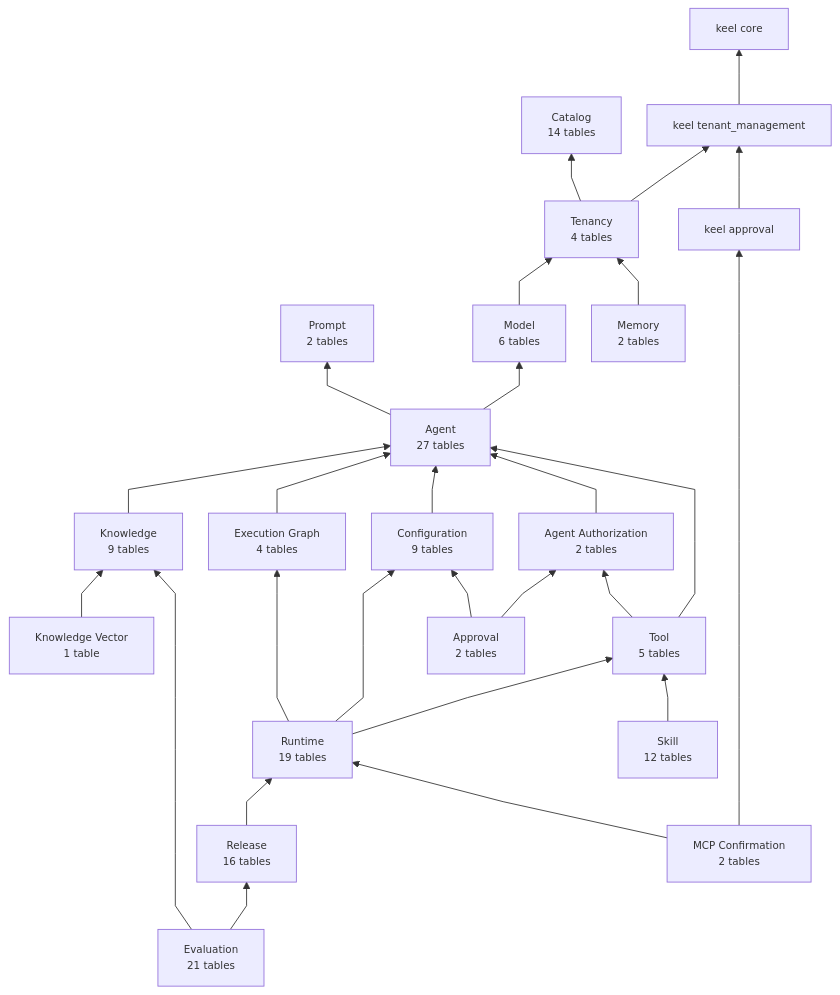
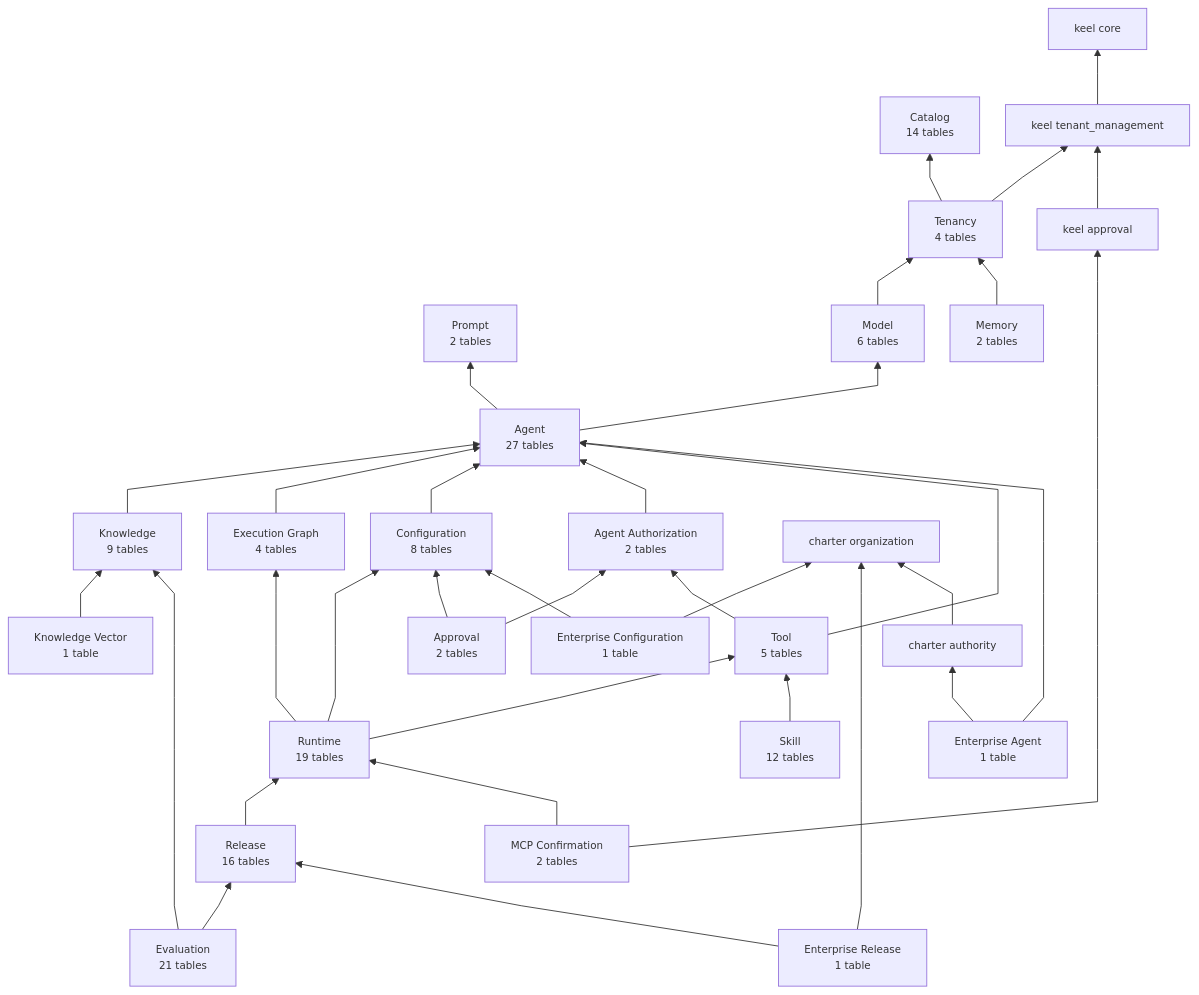
One commit to nauticana/scout changed the first of 24 diagrams in doc/database.md. Above: the diagram before and after it, drawn with Mermaid. The commit also changed other lines of this file and 31 other files, not shown here.

Commit message:
foreign keys into Charter's stored documents

````diff
--- a/doc/database.md
+++ b/doc/database.md
@@ -21,57 +21,69 @@
 ```mermaid
 %%{init: {"flowchart": {"curve": "linear", "nodeSpacing": 30, "rankSpacing": 55, "diagramPadding": 12}, "themeVariables": {"fontSize": "12px"}}}%%
 flowchart BT
 
     agent --> prompt
     tenancy --> catalog
     tenant_management --> core
 
     tenancy --> tenant_management
     keel_approval --> tenant_management
 
     model --> tenancy
     memory --> tenancy
 
     agent --> model
     knowledge --> agent
     execution_graph_module --> agent
     configuration_module --> agent
     agent_authorization_module --> agent
     approval --> agent_authorization_module
     tool --> agent_authorization_module
     tool --> agent
 
     runtime --> tool
     runtime --> configuration_module
     runtime --> execution_graph_module
     knowledge_vector --> knowledge
     approval --> configuration_module
     skill --> tool
     release --> runtime
     mcp_confirmation --> runtime
     mcp_confirmation --> keel_approval
     evaluation --> knowledge
     evaluation --> release
+    enterprise_configuration --> configuration_module
+    enterprise_configuration --> charter_organization
+    enterprise_agent --> agent
+    enterprise_agent --> charter_authority
+    enterprise_release --> release
+    enterprise_release --> charter_organization
+    charter_authority --> charter_organization
 
     core["keel core"]
     tenant_management["keel tenant_management"]
     keel_approval["keel approval"]
+    charter_organization["charter organization"]
+    charter_authority["charter authority"]
     catalog["Catalog<br/>14 tables"]
     tenancy["Tenancy<br/>4 tables"]
     prompt["Prompt<br/>2 tables"]
     model["Model<br/>6 tables"]
     agent["Agent<br/>27 tables"]
     tool["Tool<br/>5 tables"]
     execution_graph_module["Execution Graph<br/>4 tables"]
     knowledge["Knowledge<br/>9 tables"]
     knowledge_vector["Knowledge Vector<br/>1 table"]
     runtime["Runtime<br/>19 tables"]
     release["Release<br/>16 tables"]
     evaluation["Evaluation<br/>21 tables"]
     agent_authorization_module["Agent Authorization<br/>2 tables"]
-    configuration_module["Configuration<br/>9 tables"]
+    configuration_module["Configuration<br/>8 tables"]
     approval["Approval<br/>2 tables"]
     skill["Skill<br/>12 tables"]
     memory["Memory<br/>2 tables"]
     mcp_confirmation["MCP Confirmation<br/>2 tables"]
+    enterprise_configuration["Enterprise Configuration<br/>1 table"]
+    enterprise_agent["Enterprise Agent<br/>1 table"]
+    enterprise_release["Enterprise Release<br/>1 table"]
 ```
````
